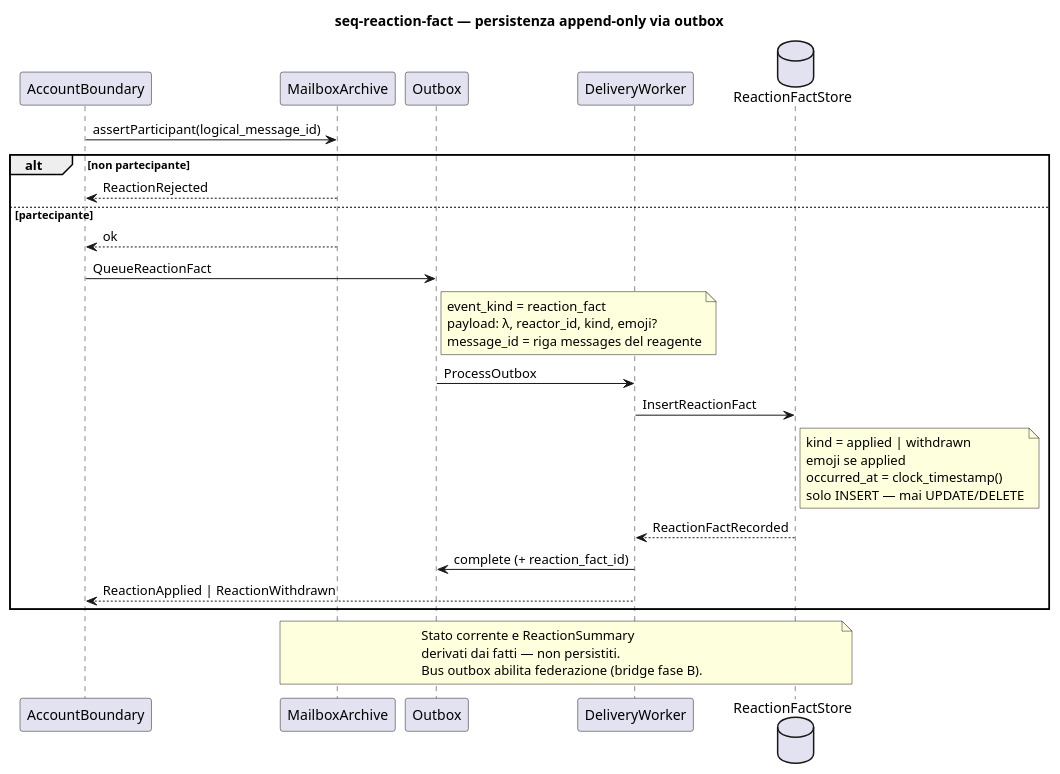
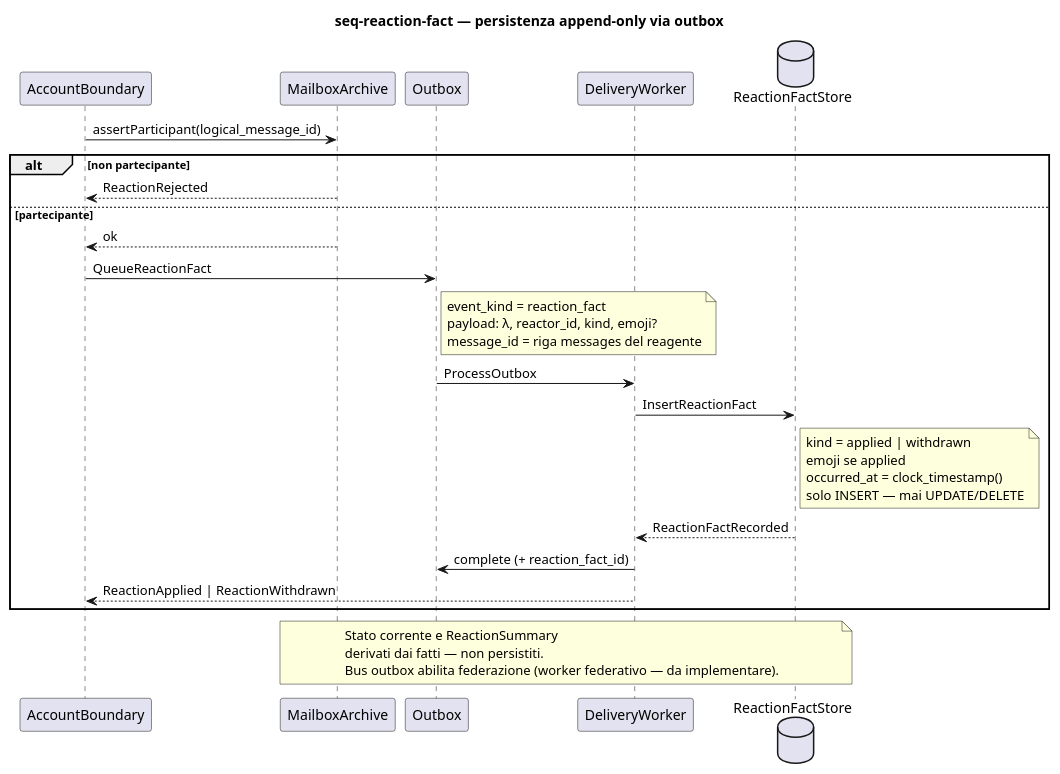
One commit to alfred-im/alfred-im changed the diagram in docs/model/uml/messaging/seq-reaction-fact.puml. Above: the diagram before and after it, drawn with PlantUML. The commit also changed 22 other files, not shown here.

```diff
--- a/docs/model/uml/messaging/seq-reaction-fact.puml
+++ b/docs/model/uml/messaging/seq-reaction-fact.puml
@@ -1,44 +1,44 @@
 @startuml seq-reaction-fact
 ' Context: messaging
 ' Profile: platform
 ' Revision: 2026-09-05
 
 title seq-reaction-fact — persistenza append-only via outbox
 
 participant "AccountBoundary" as AB
 participant "MailboxArchive" as MSG
 participant "Outbox" as OB
 participant "DeliveryWorker" as DW
 database "ReactionFactStore" as RFS
 
 AB -> MSG : assertParticipant(logical_message_id)
 alt non partecipante
   MSG --> AB : ReactionRejected
 else partecipante
   MSG --> AB : ok
   AB -> OB : QueueReactionFact
   note right of OB
     event_kind = reaction_fact
     payload: λ, reactor_id, kind, emoji?
     message_id = riga messages del reagente
   end note
   OB -> DW : ProcessOutbox
   DW -> RFS : InsertReactionFact
   note right of RFS
     kind = applied | withdrawn
     emoji se applied
     occurred_at = clock_timestamp()
     solo INSERT — mai UPDATE/DELETE
   end note
   RFS --> DW : ReactionFactRecorded
   DW -> OB : complete (+ reaction_fact_id)
   DW --> AB : ReactionApplied | ReactionWithdrawn
 end
 
 note over MSG, RFS
   Stato corrente e ReactionSummary
   derivati dai fatti — non persistiti.
-  Bus outbox abilita federazione (bridge fase B).
+  Bus outbox abilita federazione (worker federativo — da implementare).
 end note
 
 @enduml
```
